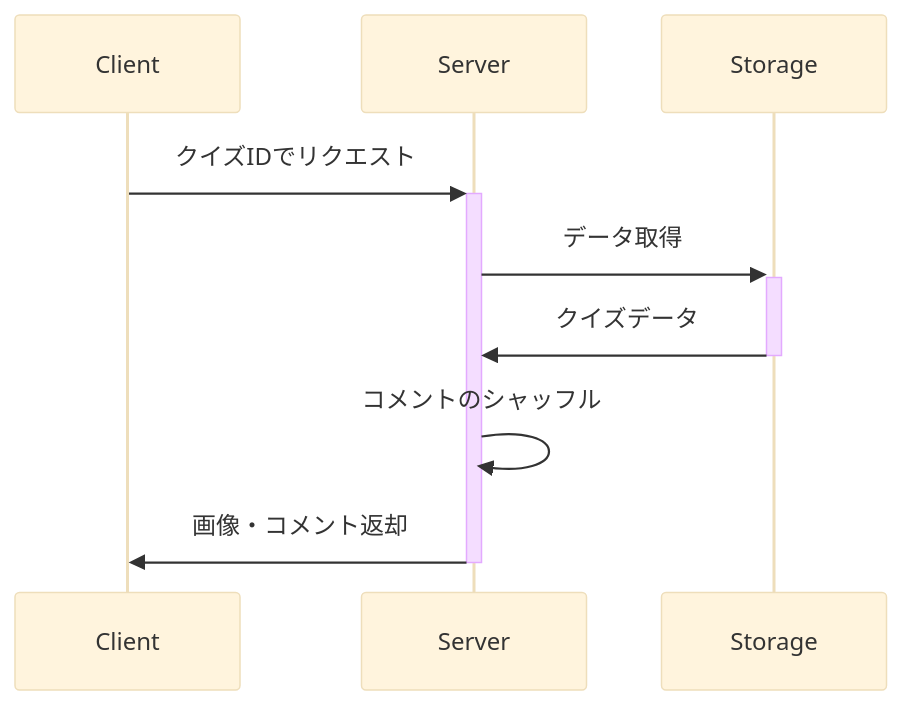
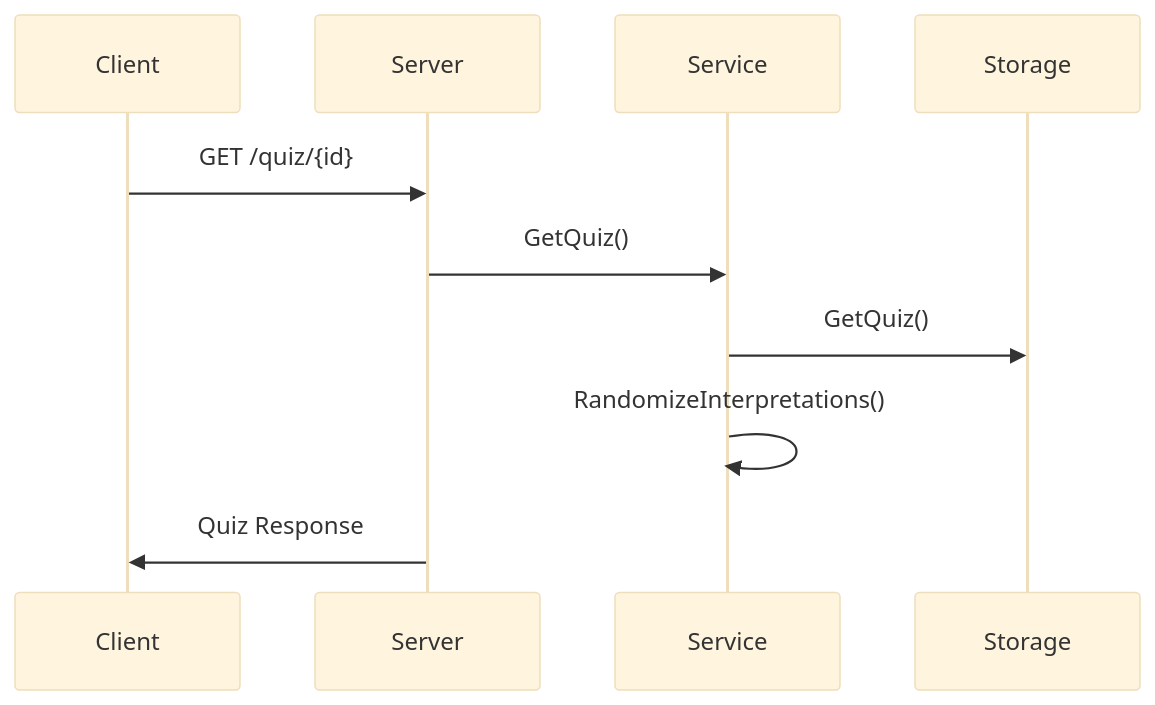
Before and after one commit to ken-ty/zenn_ai_hackathon_2501_backend: the third of 3 diagrams in docs/ARCHITECTURE.md, drawn with Mermaid (base theme). The commit also changed other lines of this file and 25 other files, not shown here.

````diff
--- a/docs/ARCHITECTURE.md
+++ b/docs/ARCHITECTURE.md
@@ -206,8 +91,8 @@
    ```mermaid
    sequenceDiagram
-       Client->>+Server: クイズIDでリクエスト
-       Server->>+Storage: データ取得
-       Storage->>-Server: クイズデータ
-       Server->>Server: コメントのシャッフル
-       Server->>-Client: 画像・コメント返却
+       Client->>Server: GET /quiz/{id}
+       Server->>Service: GetQuiz()
+       Service->>Storage: GetQuiz()
+       Service->>Service: RandomizeInterpretations()
+       Server->>Client: Quiz Response
    ```
````
